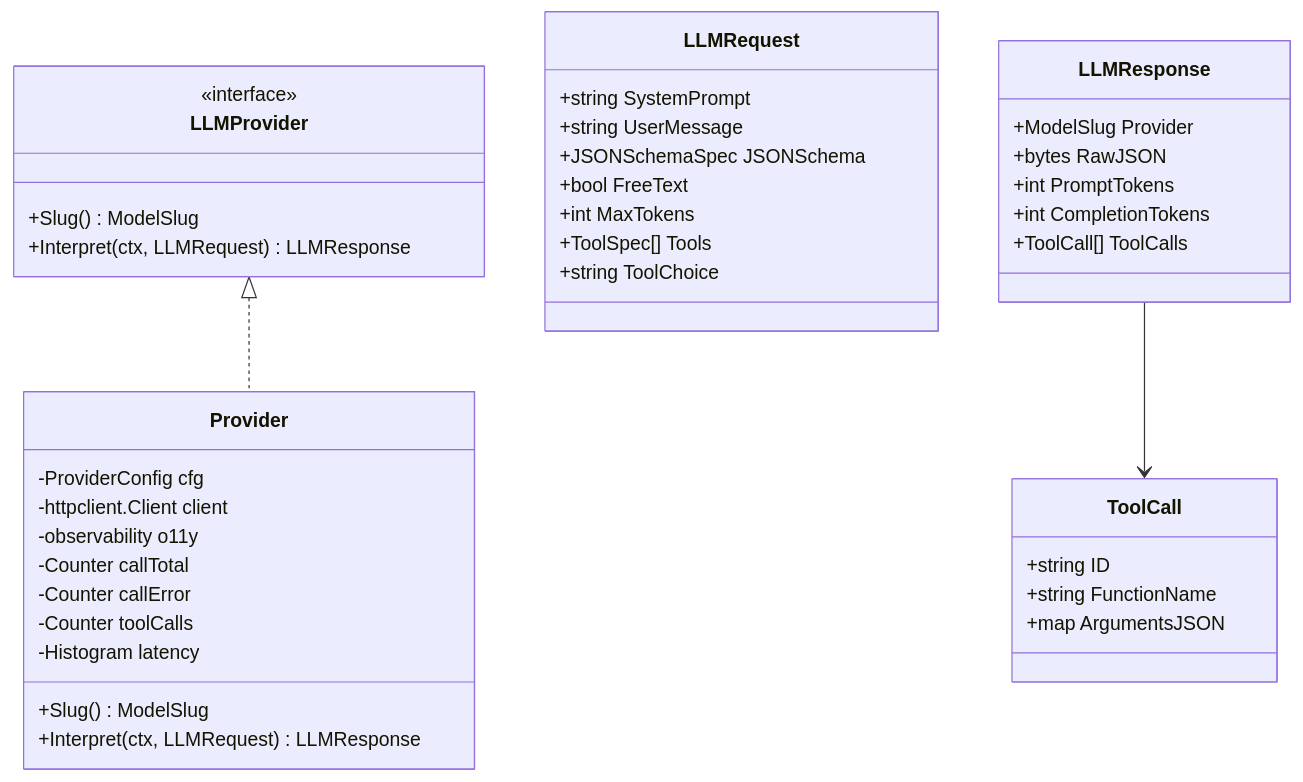
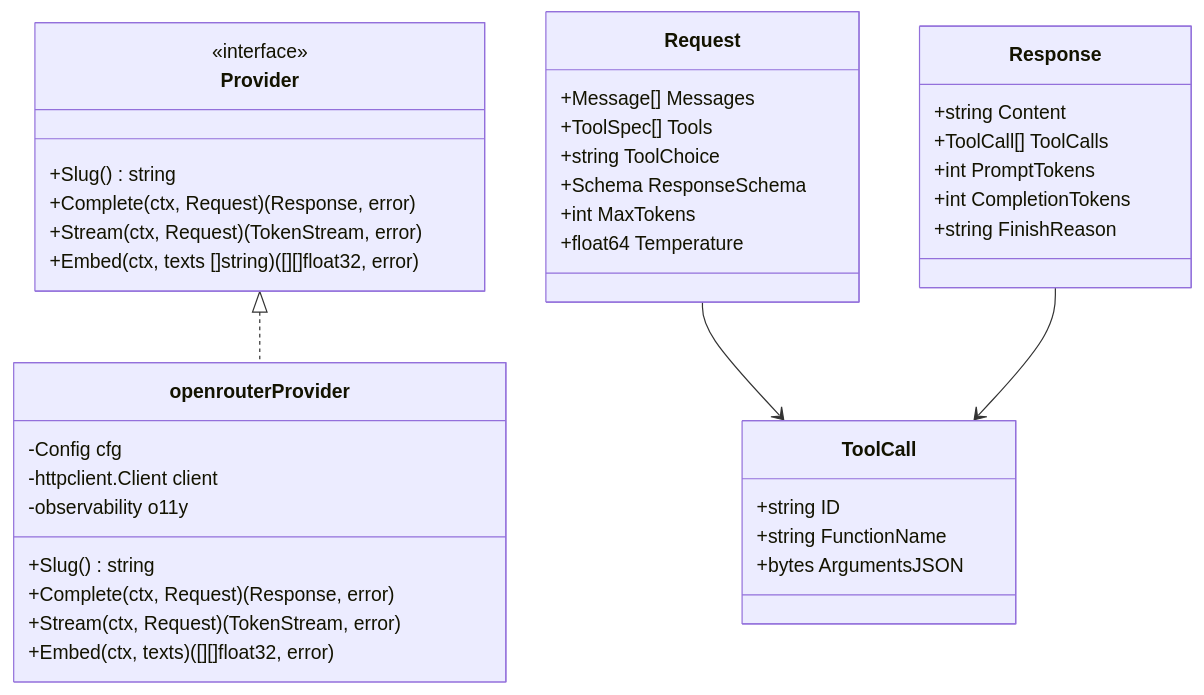
One commit to LimaTeixeiraTecnologia/mecontrola changed the third of 4 diagrams in docs/diagrams/agent/03-agent-llm-openrouter.md. Above: the diagram before and after it, drawn with Mermaid. The commit also changed other lines of this file and 47 other files, not shown here.

````diff
--- a/docs/diagrams/agent/03-agent-llm-openrouter.md
+++ b/docs/diagrams/agent/03-agent-llm-openrouter.md
@@ -218,47 +137,47 @@
 ```mermaid
 classDiagram
-    class LLMProvider {
+    class Provider {
         <<interface>>
-        +Slug() ModelSlug
-        +Interpret(ctx, LLMRequest) LLMResponse
+        +Slug() string
+        +Complete(ctx, Request) (Response, error)
+        +Stream(ctx, Request) (TokenStream, error)
+        +Embed(ctx, texts []string) ([][]float32, error)
     }
 
-    class LLMRequest {
-        +string SystemPrompt
-        +string UserMessage
-        +JSONSchemaSpec JSONSchema
-        +bool FreeText
-        +int MaxTokens
+    class Request {
+        +Message[] Messages
         +ToolSpec[] Tools
         +string ToolChoice
+        +Schema ResponseSchema
+        +int MaxTokens
+        +float64 Temperature
     }
 
-    class LLMResponse {
-        +ModelSlug Provider
-        +bytes RawJSON
+    class Response {
+        +string Content
+        +ToolCall[] ToolCalls
         +int PromptTokens
         +int CompletionTokens
-        +ToolCall[] ToolCalls
+        +string FinishReason
     }
 
     class ToolCall {
         +string ID
         +string FunctionName
-        +map ArgumentsJSON
+        +bytes ArgumentsJSON
     }
 
-    class Provider {
-        -ProviderConfig cfg
+    class openrouterProvider {
+        -Config cfg
         -httpclient.Client client
         -observability o11y
-        -Counter callTotal
-        -Counter callError
-        -Counter toolCalls
-        -Histogram latency
-        +Slug() ModelSlug
-        +Interpret(ctx, LLMRequest) LLMResponse
+        +Slug() string
+        +Complete(ctx, Request) (Response, error)
+        +Stream(ctx, Request) (TokenStream, error)
+        +Embed(ctx, texts) ([][]float32, error)
     }
 
-    LLMProvider <|.. Provider
-    LLMResponse --> ToolCall
+    Provider <|.. openrouterProvider
+    Request --> ToolCall
+    Response --> ToolCall
 ```
````
